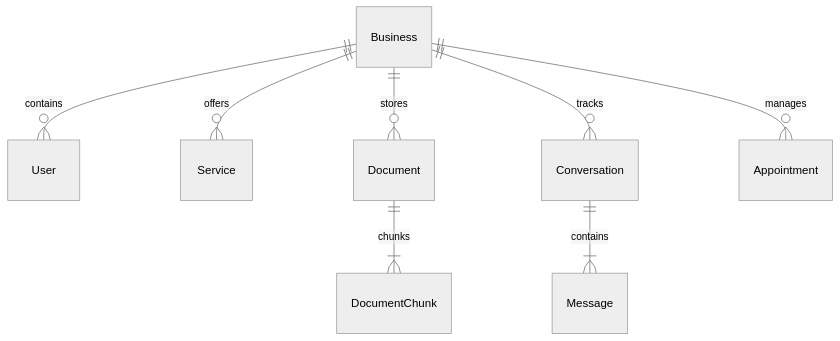
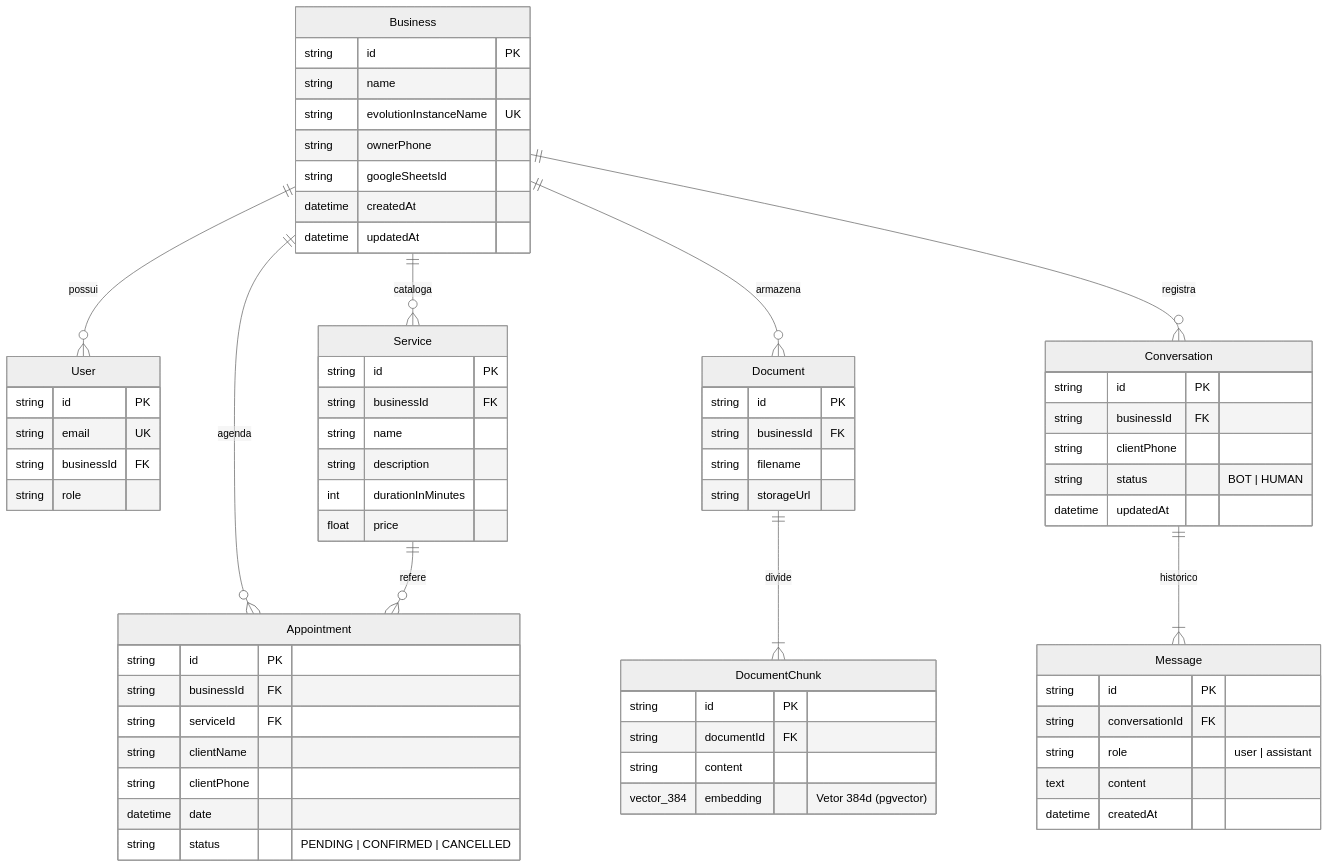
Before and after one commit to raysantosinsta/backend-klinik: the fourth of 4 diagrams in DOCUMENTACAO_TECNICA.md, drawn with Mermaid (neutral theme). The commit also changed other lines of this file and 3 other files, not shown here.

````diff
--- a/DOCUMENTACAO_TECNICA.md
+++ b/DOCUMENTACAO_TECNICA.md
@@ -201,10 +252,77 @@
 ```mermaid
 erDiagram
-    Business ||--o{ User : contains
-    Business ||--o{ Service : offers
-    Business ||--o{ Document : stores
-    Document ||--|{ DocumentChunk : chunks
-    Business ||--o{ Conversation : tracks
-    Conversation ||--|{ Message : contains
-    Business ||--o{ Appointment : manages
+    Business ||--o{ User : possui
+    Business ||--o{ Service : cataloga
+    Business ||--o{ Document : armazena
+    Document ||--|{ DocumentChunk : divide
+    Business ||--o{ Conversation : registra
+    Conversation ||--|{ Message : historico
+    Business ||--o{ Appointment : agenda
+    Service ||--o{ Appointment : refere
+
+    Business {
+        string id PK
+        string name
+        string evolutionInstanceName UK
+        string ownerPhone
+        string googleSheetsId
+        datetime createdAt
+        datetime updatedAt
+    }
+
+    User {
+        string id PK
+        string email UK
+        string businessId FK
+        string role
+    }
+
+    Service {
+        string id PK
+        string businessId FK
+        string name
+        string description
+        int durationInMinutes
+        float price
+    }
+
+    Document {
+        string id PK
+        string businessId FK
+        string filename
+        string storageUrl
+    }
+
+    DocumentChunk {
+        string id PK
+        string documentId FK
+        string content
+        vector_384 embedding "Vetor 384d (pgvector)"
+    }
+
+    Conversation {
+        string id PK
+        string businessId FK
+        string clientPhone
+        string status "BOT | HUMAN"
+        datetime updatedAt
+    }
+
+    Message {
+        string id PK
+        string conversationId FK
+        string role "user | assistant"
+        text content
+        datetime createdAt
+    }
+
+    Appointment {
+        string id PK
+        string businessId FK
+        string serviceId FK
+        string clientName
+        string clientPhone
+        datetime date
+        string status "PENDING | CONFIRMED | CANCELLED"
+    }
 ```
````
